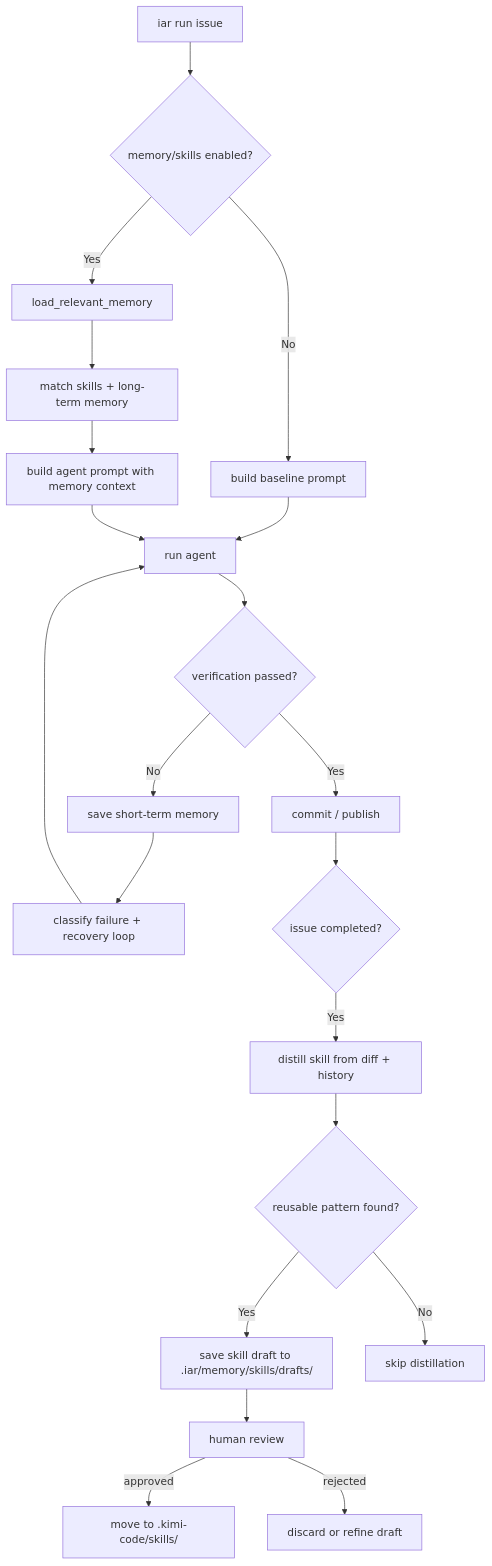
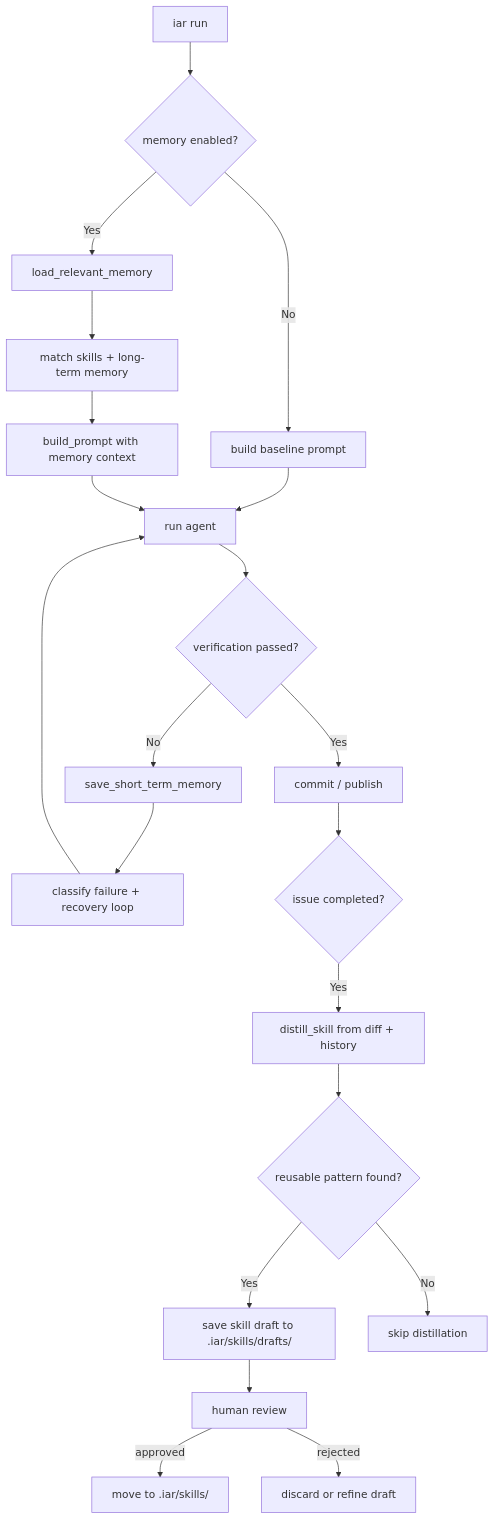
The diagram in tasks/pending/P1-FEAT-20260626-093933-agent-runner-memory-persistence.md (zata-zhangtao/keda), drawn with Mermaid before and after one commit. The commit also changed other lines of this file and 2 other files, not shown here.

First line of the commit message:
docs(prd): refine agent runner memory persistence PRD

````diff
--- a/tasks/pending/P1-FEAT-20260626-093933-agent-runner-memory-persistence.md
+++ b/tasks/pending/P1-FEAT-20260626-093933-agent-runner-memory-persistence.md
@@ -360,23 +454,23 @@
 ```mermaid
 flowchart TD
-    A[iar run issue] --> B{memory/skills enabled?}
-    B -->|Yes| C[load_relevant_memory]
-    B -->|No| D[build baseline prompt]
-    C --> E[match skills + long-term memory]
-    E --> F[build agent prompt with memory context]
-    D --> G[run agent]
+    A["iar run <issue>"] --> B{"memory enabled?"}
+    B -->|Yes| C["load_relevant_memory"]
+    B -->|No| D["build baseline prompt"]
+    C --> E["match skills + long-term memory"]
+    E --> F["build_prompt with memory context"]
+    D --> G["run agent"]
     F --> G
-    G --> H{verification passed?}
-    H -->|No| I[save short-term memory]
-    I --> J[classify failure + recovery loop]
+    G --> H{"verification passed?"}
+    H -->|No| I["save_short_term_memory"]
+    I --> J["classify failure + recovery loop"]
     J --> G
-    H -->|Yes| K[commit / publish]
-    K --> L{issue completed?}
-    L -->|Yes| M[distill skill from diff + history]
-    M --> N{reusable pattern found?}
-    N -->|Yes| O[save skill draft to .iar/memory/skills/drafts/]
-    N -->|No| P[skip distillation]
-    O --> Q[human review]
-    Q -->|approved| R[move to .kimi-code/skills/]
-    Q -->|rejected| S[discard or refine draft]
+    H -->|Yes| K["commit / publish"]
+    K --> L{"issue completed?"}
+    L -->|Yes| M["distill_skill from diff + history"]
+    M --> N{"reusable pattern found?"}
+    N -->|Yes| O["save skill draft to .iar/skills/drafts/"]
+    N -->|No| P["skip distillation"]
+    O --> Q["human review"]
+    Q -->|approved| R["move to .iar/skills/"]
+    Q -->|rejected| S["discard or refine draft"]
 ```
````
